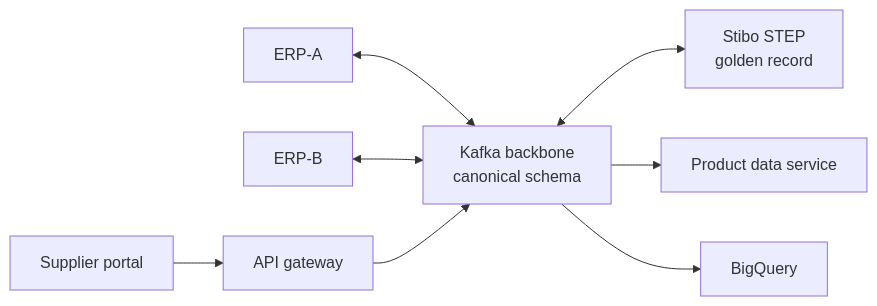
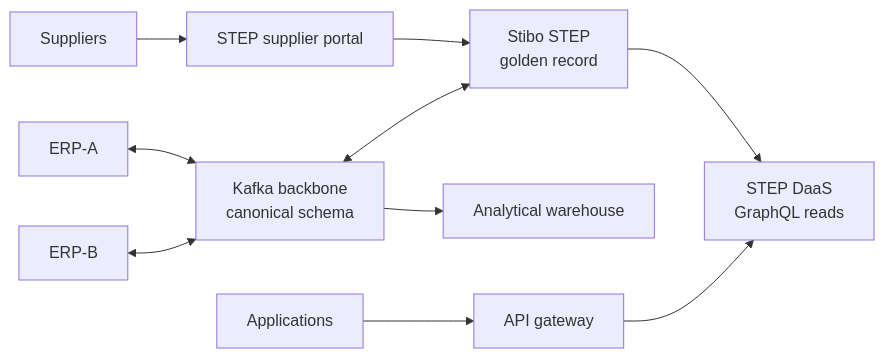
Before and after one commit to cavimales/product-mdm-reference-architecture: the diagram in README.md, drawn with Mermaid. The commit also changed other lines of this file and 7 other files, not shown here.

First line of the commit message:
Replace custom supplier portal with STEP supplier portal and product data service with STEP DaaS

````diff
--- a/README.md
+++ b/README.md
@@ -13,9 +13,11 @@
 ```mermaid
 flowchart LR
     ERPA["ERP-A"] <--> KAFKA["Kafka backbone<br/>canonical schema"]
     ERPB["ERP-B"] <--> KAFKA
-    PORTAL["Supplier portal"] --> GW["API gateway"] --> KAFKA
-    KAFKA <--> STEP["Stibo STEP<br/>golden record"]
-    KAFKA --> PDS["Product data service"]
-    KAFKA --> BQ["BigQuery"]
+    SUPP["Suppliers"] --> PORTAL["STEP supplier portal"]
+    PORTAL --> STEP["Stibo STEP<br/>golden record"]
+    KAFKA <--> STEP
+    STEP --> DAAS["STEP DaaS<br/>GraphQL reads"]
+    APPS["Applications"] --> GW["API gateway"] --> DAAS
+    KAFKA --> DWH["Analytical warehouse"]
 ```
````
